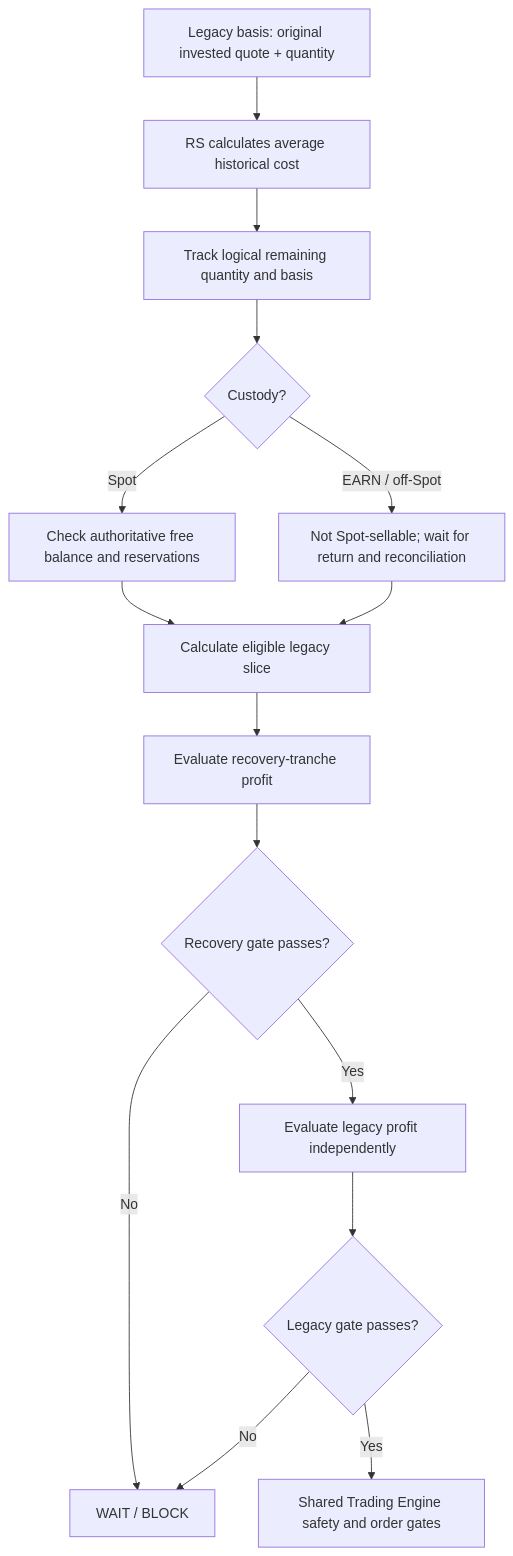
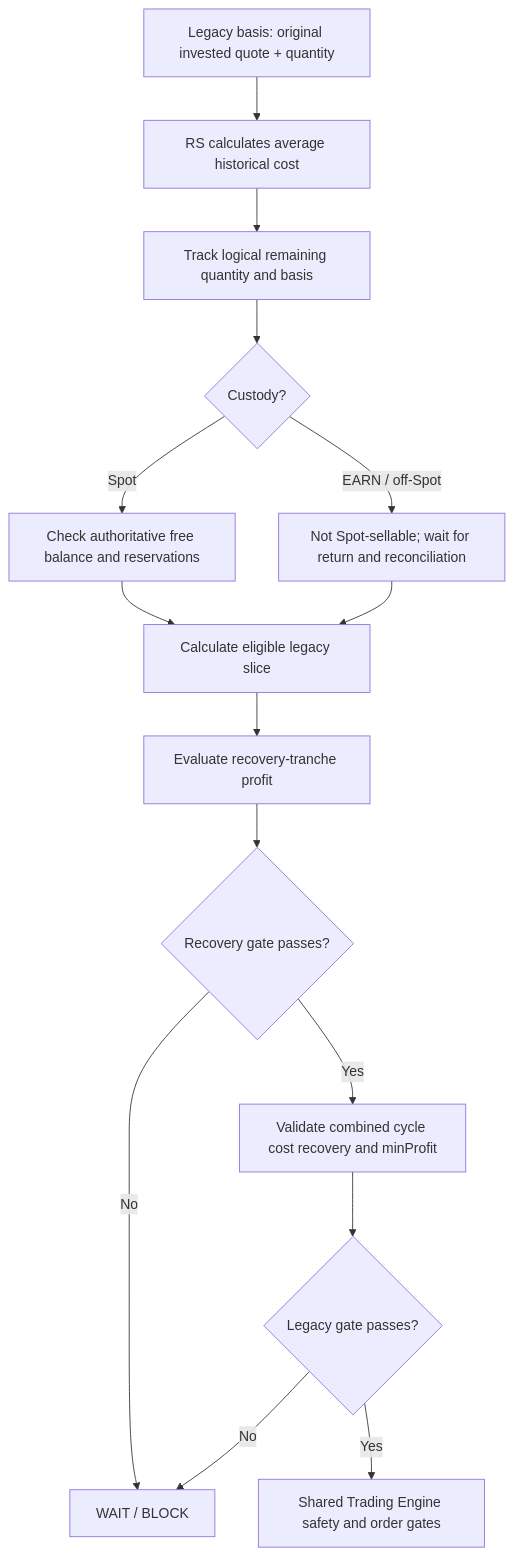
Before and after one commit to 45s/coinzilla: the second of 2 diagrams in apps/harvester/docs/domain/recovery-seller-implementation-roadmap.md, drawn with Mermaid. The commit also changed other lines of this file, not shown here.

Commit message:
docs(harvester): align RS roadmap with cycle profit gate

```diff
--- a/apps/harvester/docs/domain/recovery-seller-implementation-roadmap.md
+++ b/apps/harvester/docs/domain/recovery-seller-implementation-roadmap.md
@@ -302,17 +302,17 @@
 ~~~mermaid
 flowchart TD
   A["Legacy basis: original invested quote + quantity"] --> B["RS calculates average historical cost"]
   B --> C["Track logical remaining quantity and basis"]
   C --> D{"Custody?"}
   D -->|"Spot"| E["Check authoritative free balance and reservations"]
   D -->|"EARN / off-Spot"| F["Not Spot-sellable; wait for return and reconciliation"]
   E --> G["Calculate eligible legacy slice"]
   F --> G
   G --> H["Evaluate recovery-tranche profit"]
   H --> I{"Recovery gate passes?"}
   I -->|"No"| X["WAIT / BLOCK"]
-  I -->|"Yes"| J["Evaluate legacy profit independently"]
+  I -->|"Yes"| J["Validate combined cycle cost recovery and minProfit"]
   J --> K{"Legacy gate passes?"}
   K -->|"No"| X
   K -->|"Yes"| L["Shared Trading Engine safety and order gates"]
 ~~~
```
